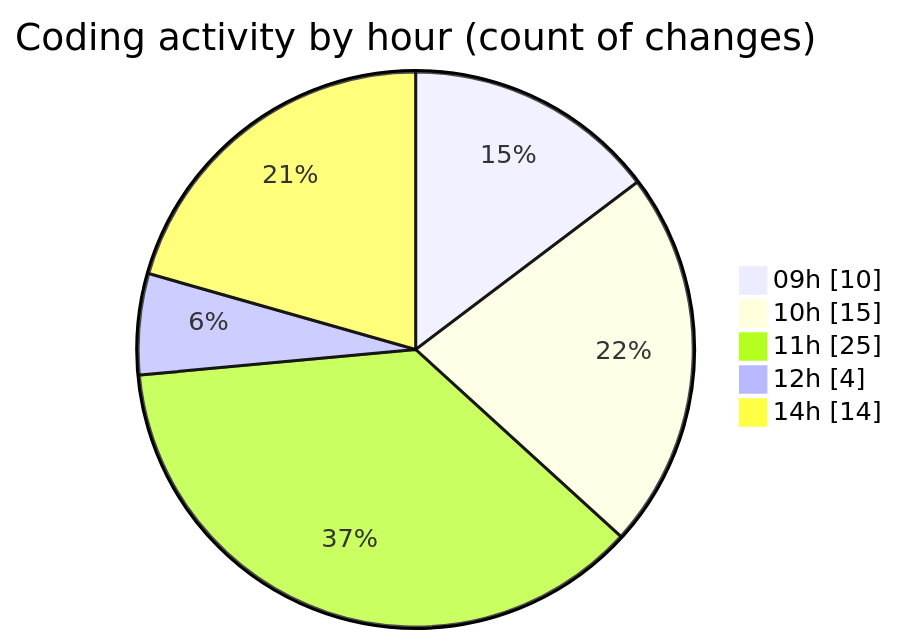
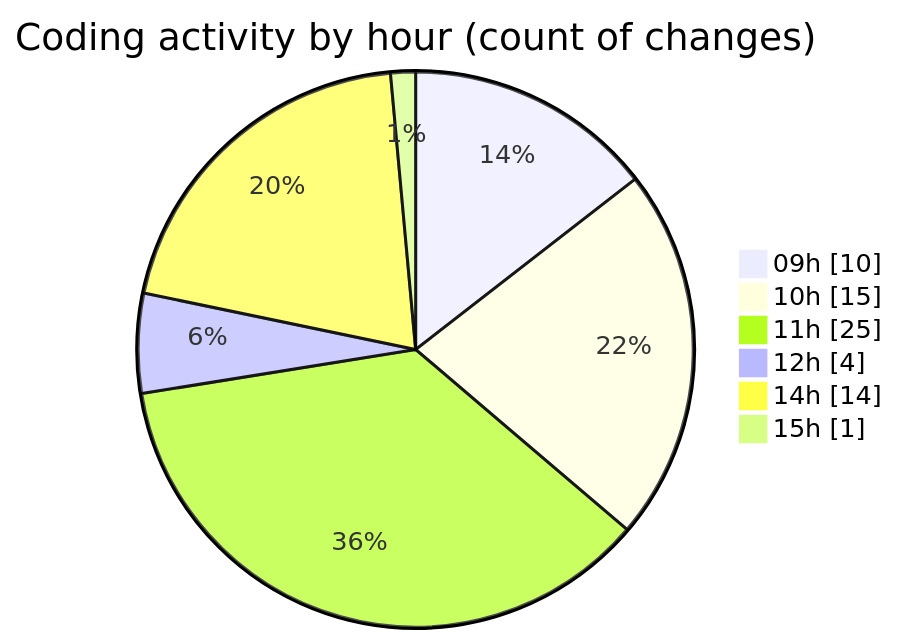
The second of 2 diagrams in 2025-03-21/myws__workspace_/README.md (MatusMokan/code-tracking), drawn with Mermaid before and after one commit. The commit also changed other lines of this file and 1 other file, not shown here.

````diff
--- a/2025-03-21/myws__workspace_/README.md
+++ b/2025-03-21/myws__workspace_/README.md
@@ -33,9 +34,10 @@
 ```mermaid
 pie showData
 title Coding activity by hour (count of changes)
 "09h" : 10
 "10h" : 15
 "11h" : 25
 "12h" : 4
 "14h" : 14
+"15h" : 1
 ```
````
